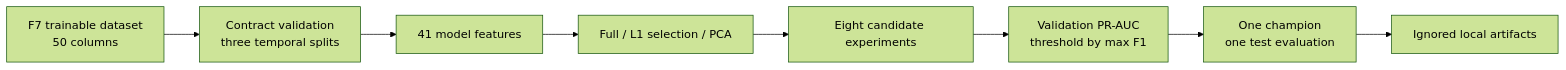
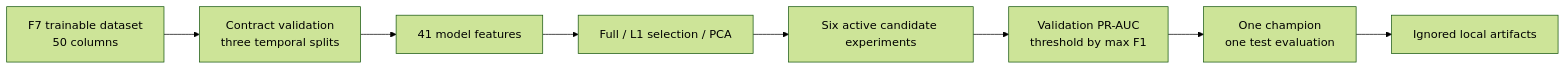
Before and after one commit to HuyyGiaa/ewallet-data-ai-platform: the diagram in docs/ml/fraud_modeling.md, drawn with Mermaid (forest theme). The commit also changed other lines of this file and 9 other files, not shown here.

````diff
--- a/docs/ml/fraud_modeling.md
+++ b/docs/ml/fraud_modeling.md
@@ -11,14 +11,14 @@
 ```mermaid
 flowchart LR
     DATA["F7 trainable dataset<br/>50 columns"]
     CHECK["Contract validation<br/>three temporal splits"]
     X["41 model features"]
     FEATURE["Full / L1 selection / PCA"]
-    MODELS["Eight candidate experiments"]
+    MODELS["Six active candidate experiments"]
     VALIDATION["Validation PR-AUC<br/>threshold by max F1"]
     TEST["One champion<br/>one test evaluation"]
     ARTIFACTS["Ignored local artifacts"]
 
     DATA --> CHECK --> X --> FEATURE --> MODELS
     MODELS --> VALIDATION --> TEST --> ARTIFACTS
 ```
````
